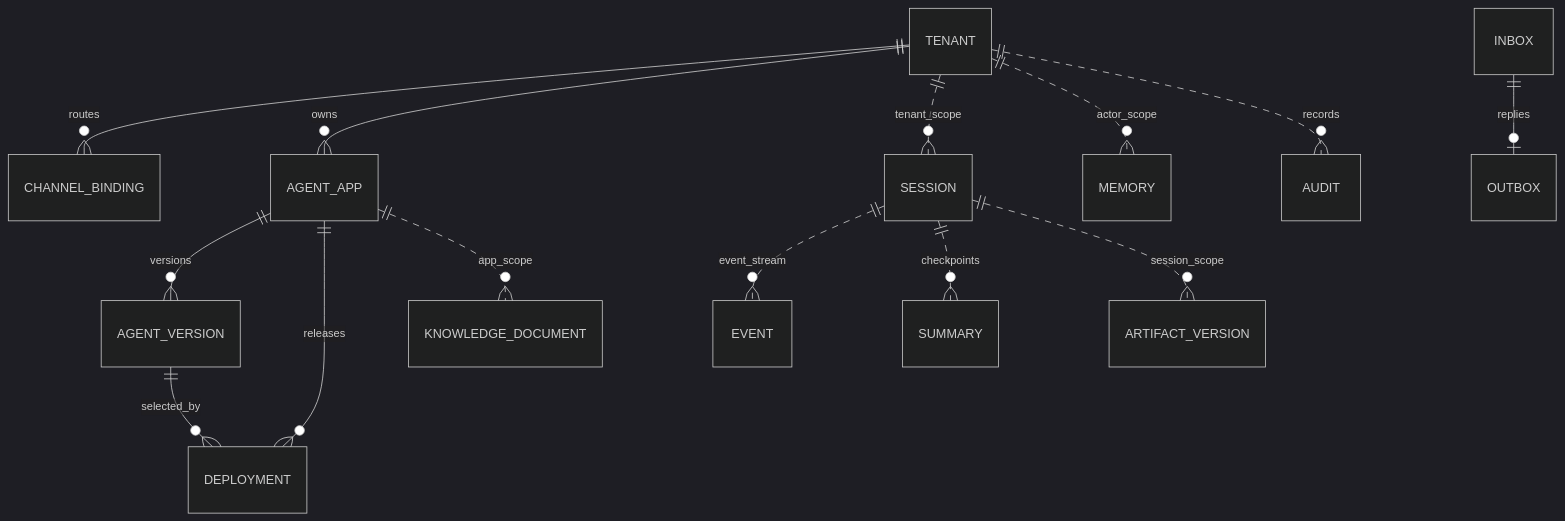
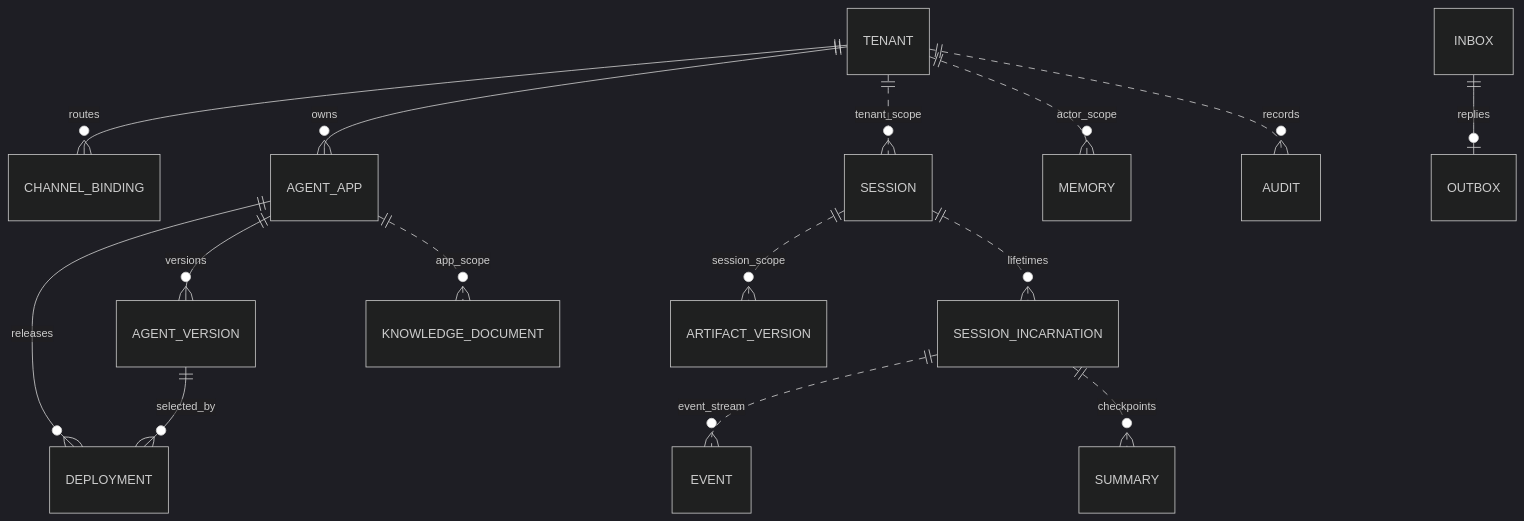
The fifth of 5 diagrams in docs/COMPETITION_SUBMISSION.md (ltyfulan9/trpc-agent-service), drawn with Mermaid (dark theme) before and after one commit. The commit also changed other lines of this file and 55 other files, not shown here.

````diff
--- a/docs/COMPETITION_SUBMISSION.md
+++ b/docs/COMPETITION_SUBMISSION.md
@@ -154,16 +154,17 @@
 ```mermaid
 erDiagram
   TENANT ||--o{ CHANNEL_BINDING : routes
   TENANT ||--o{ AGENT_APP : owns
   AGENT_APP ||--o{ AGENT_VERSION : versions
   AGENT_APP ||--o{ DEPLOYMENT : releases
   AGENT_VERSION ||--o{ DEPLOYMENT : selected_by
   TENANT ||..o{ SESSION : tenant_scope
-  SESSION ||..o{ EVENT : event_stream
-  SESSION ||..o{ SUMMARY : checkpoints
+  SESSION ||..o{ SESSION_INCARNATION : lifetimes
+  SESSION_INCARNATION ||..o{ EVENT : event_stream
+  SESSION_INCARNATION ||..o{ SUMMARY : checkpoints
   TENANT ||..o{ MEMORY : actor_scope
   TENANT ||..o{ AUDIT : records
   AGENT_APP ||..o{ KNOWLEDGE_DOCUMENT : app_scope
   SESSION ||..o{ ARTIFACT_VERSION : session_scope
   INBOX ||--o| OUTBOX : replies
 ```
````
